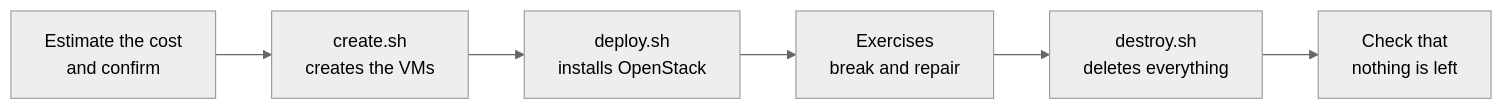
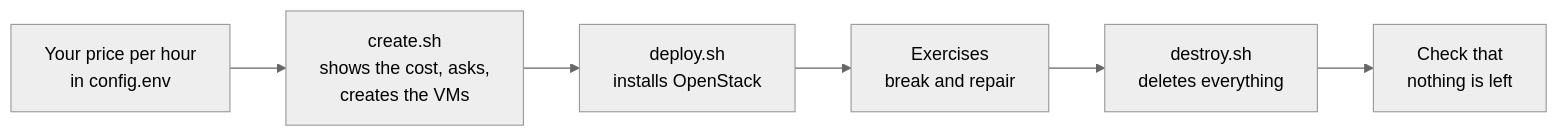
One commit to OzarLand/openstack-quick-lab changed the diagram in README.md. Above: the diagram before and after it, drawn with Mermaid (neutral theme). The commit also changed other lines of this file and 1 other file, not shown here.

First line of the commit message:
Exercises: a diagram of how an exercise works; home page review follow-ups (#20)

````diff
--- a/README.md
+++ b/README.md
@@ -33,8 +33,8 @@
 ```mermaid
 flowchart LR
-    cost["Estimate the cost<br/>and confirm"] --> create["create.sh<br/>creates the VMs"]
+    cost["Your price per hour<br/>in config.env"] --> create["create.sh<br/>shows the cost, asks,<br/>creates the VMs"]
     create --> deploy["deploy.sh<br/>installs OpenStack"]
     deploy --> ex["Exercises<br/>break and repair"]
     ex --> destroy["destroy.sh<br/>deletes everything"]
     destroy --> check["Check that<br/>nothing is left"]
 ```
````
